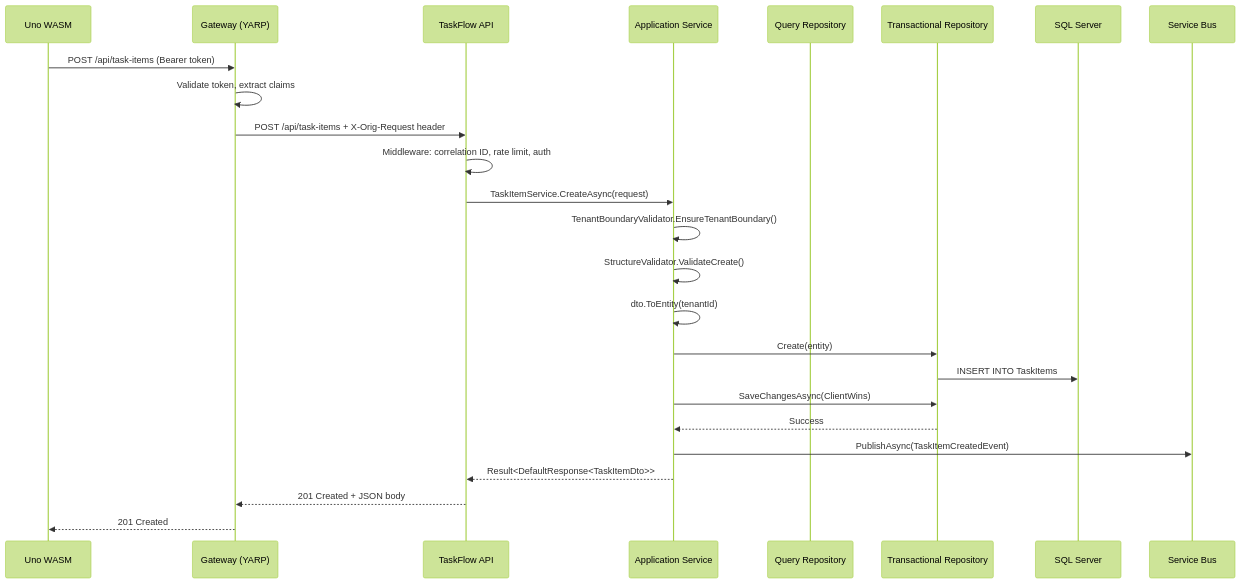
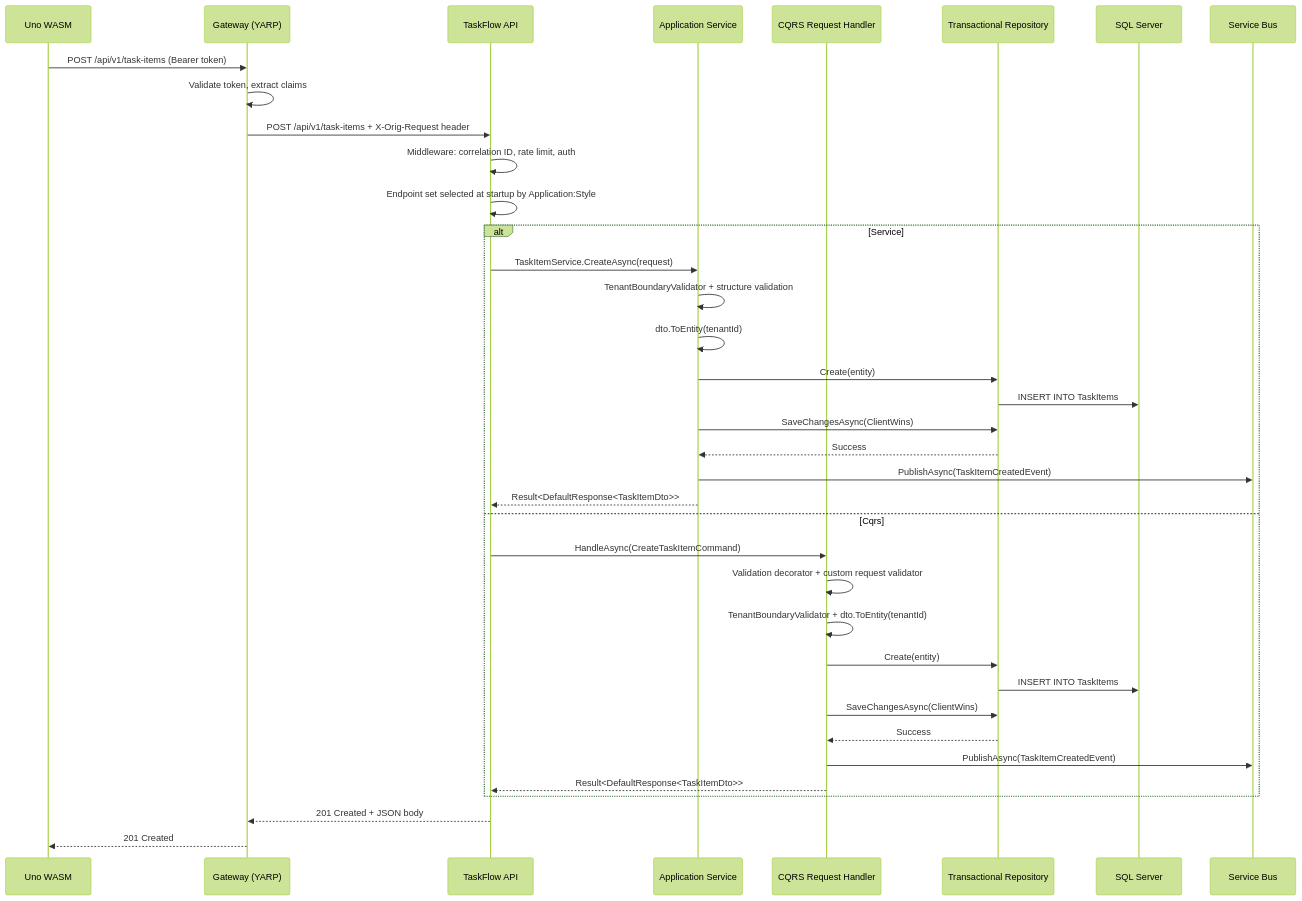
The eighth of 22 diagrams in docs/tech-design.md (efreeman518/AI-Instructions-ReferenceApp), drawn with Mermaid (forest theme) before and after one commit. The commit also changed other lines of this file and 199 other files, not shown here.

````diff
--- a/docs/tech-design.md
+++ b/docs/tech-design.md
@@ -442,28 +474,40 @@
 ```mermaid
 sequenceDiagram
     participant UI as Uno WASM
     participant GW as Gateway (YARP)
     participant API as TaskFlow API
     participant SVC as Application Service
-    participant RQ as Query Repository
+    participant H as CQRS Request Handler
     participant RT as Transactional Repository
     participant DB as SQL Server
     participant SB as Service Bus
 
-    UI->>GW: POST /api/task-items (Bearer token)
+    UI->>GW: POST /api/v1/task-items (Bearer token)
     GW->>GW: Validate token, extract claims
-    GW->>API: POST /api/task-items + X-Orig-Request header
+    GW->>API: POST /api/v1/task-items + X-Orig-Request header
     API->>API: Middleware: correlation ID, rate limit, auth
-    API->>SVC: TaskItemService.CreateAsync(request)
-    SVC->>SVC: TenantBoundaryValidator.EnsureTenantBoundary()
-    SVC->>SVC: StructureValidator.ValidateCreate()
-    SVC->>SVC: dto.ToEntity(tenantId)
-    SVC->>RT: Create(entity)
-    RT->>DB: INSERT INTO TaskItems
-    SVC->>RT: SaveChangesAsync(ClientWins)
-    RT-->>SVC: Success
-    SVC->>SB: PublishAsync(TaskItemCreatedEvent)
-    SVC-->>API: Result<DefaultResponse<TaskItemDto>>
+    API->>API: Endpoint set selected at startup by Application:Style
+    alt Service
+        API->>SVC: TaskItemService.CreateAsync(request)
+        SVC->>SVC: TenantBoundaryValidator + structure validation
+        SVC->>SVC: dto.ToEntity(tenantId)
+        SVC->>RT: Create(entity)
+        RT->>DB: INSERT INTO TaskItems
+        SVC->>RT: SaveChangesAsync(ClientWins)
+        RT-->>SVC: Success
+        SVC->>SB: PublishAsync(TaskItemCreatedEvent)
+        SVC-->>API: Result<DefaultResponse<TaskItemDto>>
+    else Cqrs
+        API->>H: HandleAsync(CreateTaskItemCommand)
+        H->>H: Validation decorator + custom request validator
+        H->>H: TenantBoundaryValidator + dto.ToEntity(tenantId)
+        H->>RT: Create(entity)
+        RT->>DB: INSERT INTO TaskItems
+        H->>RT: SaveChangesAsync(ClientWins)
+        RT-->>H: Success
+        H->>SB: PublishAsync(TaskItemCreatedEvent)
+        H-->>API: Result<DefaultResponse<TaskItemDto>>
+    end
     API-->>GW: 201 Created + JSON body
     GW-->>UI: 201 Created
 ```
````
